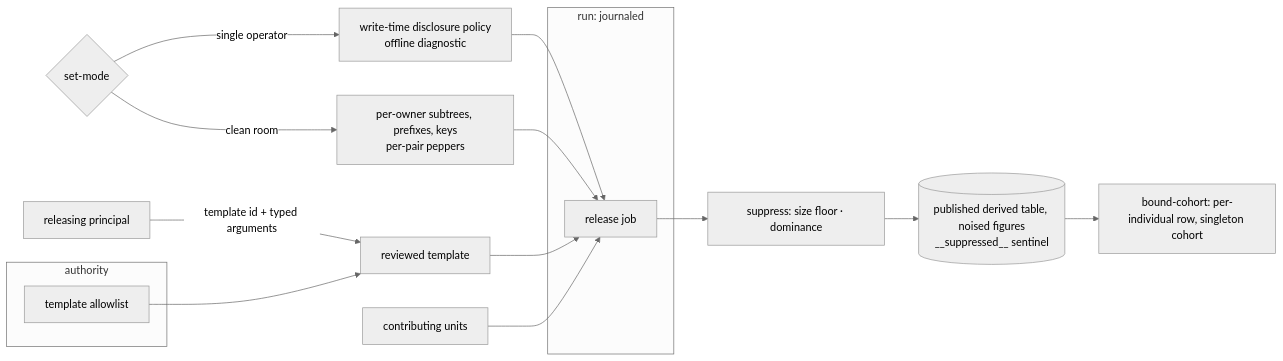
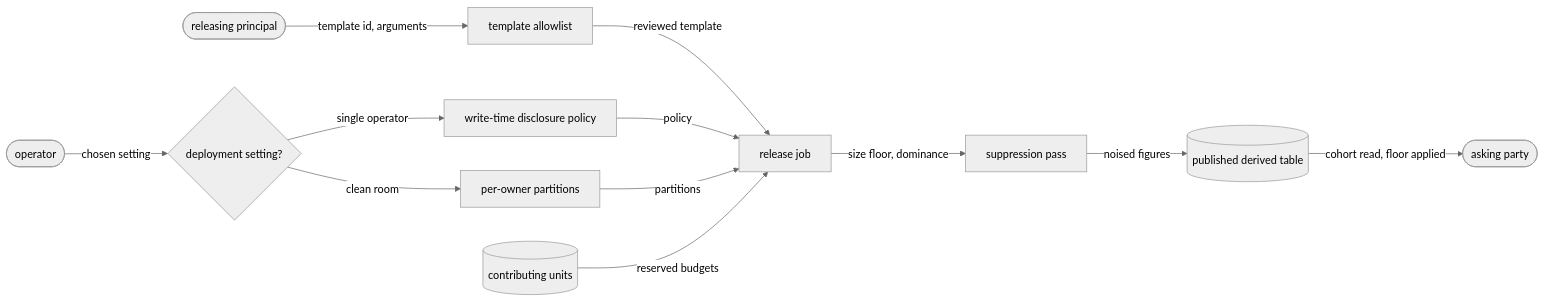
One commit to fractalboxdev/contextful changed the first of 2 diagrams in spec/61-disclosure.md. Above: the diagram before and after it, drawn with Mermaid (neutral theme). The commit also changed other lines of this file and 44 other files, not shown here.

First line of the commit message:
spec: diagrams draw entities and flows, and the checker enforces it (#12)

````diff
--- a/spec/61-disclosure.md
+++ b/spec/61-disclosure.md
@@ -20,21 +20,14 @@
 ```mermaid
 flowchart LR
-  MODE{"set-mode"} -- "single operator" --> SO["write-time disclosure policy<br/>offline diagnostic"]
-  MODE -- "clean room" --> CR["per-owner subtrees, prefixes, keys<br/>per-pair peppers"]
-  CALLER["releasing principal"] -- "template id + typed arguments" --> TPL["reviewed template"]
-  subgraph AUTH["authority"]
-    TA["template allowlist"]
-  end
-  subgraph RUN["run: journaled"]
-    REL["release job"]
-  end
-  UNITS["contributing units"]
-  TA --> TPL
-  SO --> REL
-  CR --> REL
-  TPL --> REL
-  UNITS --> REL
-  REL --> SUP["suppress: size floor · dominance"]
-  SUP --> PUB[("published derived table, noised figures<br/>__suppressed__ sentinel")]
-  PUB --> COH["bound-cohort: per-individual row, singleton cohort"]
+  OP(["operator"]) -->|"chosen setting"| MODE{"deployment setting?"}
+  MODE -->|"single operator"| SO["write-time disclosure policy"]
+  MODE -->|"clean room"| CR["per-owner partitions"]
+  CALLER(["releasing principal"]) -->|"template id, arguments"| TA["template allowlist"]
+  TA -->|"reviewed template"| REL["release job"]
+  SO -->|"policy"| REL
+  CR -->|"partitions"| REL
+  UNITS[("contributing units")] -->|"reserved budgets"| REL
+  REL -->|"size floor, dominance"| SUPP["suppression pass"]
+  SUPP -->|"noised figures"| PUB[("published derived table")]
+  PUB -->|"cohort read, floor applied"| CONS(["asking party"])
 ```
````
